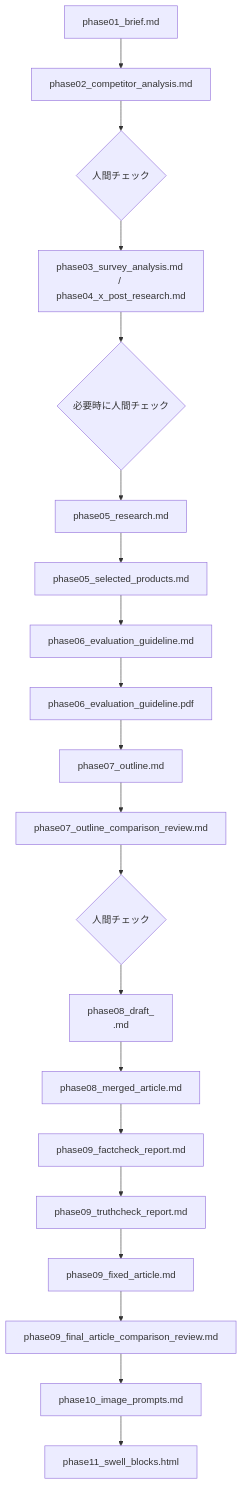
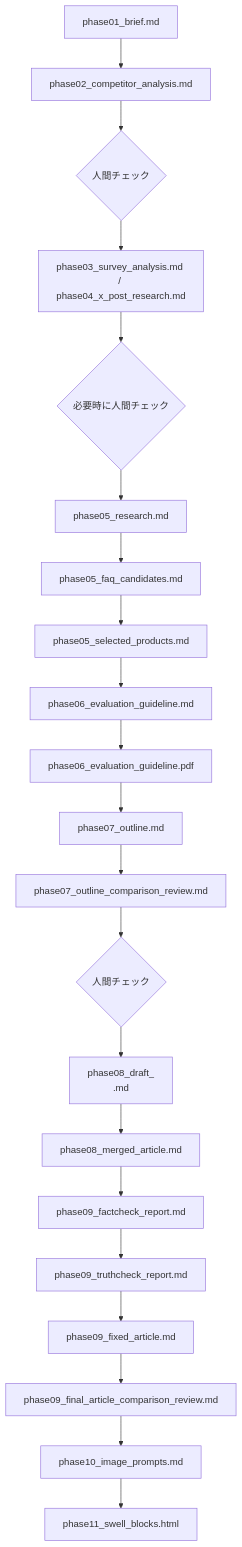
One commit to dentaku777/codex-agent-article-v1 changed the third of 3 diagrams in docs/article_workflow.md. Above: the diagram before and after it, drawn with Mermaid. The commit also changed other lines of this file and 16 other files, not shown here.

````diff
--- a/docs/article_workflow.md
+++ b/docs/article_workflow.md
@@ -107,22 +109,23 @@
 ```mermaid
 flowchart TD
   A[phase01_brief.md] --> B[phase02_competitor_analysis.md]
   B --> BCheck{人間チェック}
   BCheck --> C[phase03_survey_analysis.md / phase04_x_post_research.md]
   C --> CCheck{必要時に人間チェック}
   CCheck --> D[phase05_research.md]
-  D --> E[phase05_selected_products.md]
+  D --> DQ[phase05_faq_candidates.md]
+  DQ --> E[phase05_selected_products.md]
   E --> F[phase06_evaluation_guideline.md]
   F --> G[phase06_evaluation_guideline.pdf]
   G --> H[phase07_outline.md]
   H --> HR[phase07_outline_comparison_review.md]
   HR --> HCheck{人間チェック}
   HCheck --> I[phase08_draft_<section>.md]
   I --> J[phase08_merged_article.md]
   J --> K[phase09_factcheck_report.md]
   K --> L[phase09_truthcheck_report.md]
   L --> M[phase09_fixed_article.md]
   M --> MR[phase09_final_article_comparison_review.md]
   MR --> N[phase10_image_prompts.md]
   N --> O[phase11_swell_blocks.html]
 ```
````
